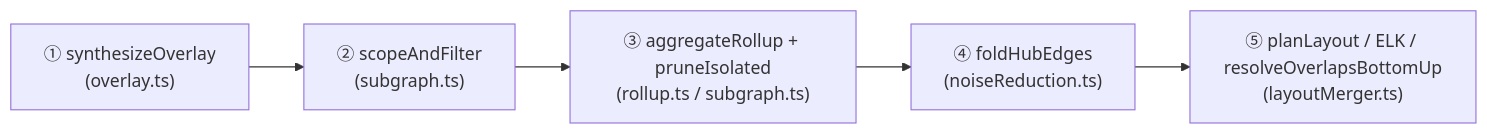
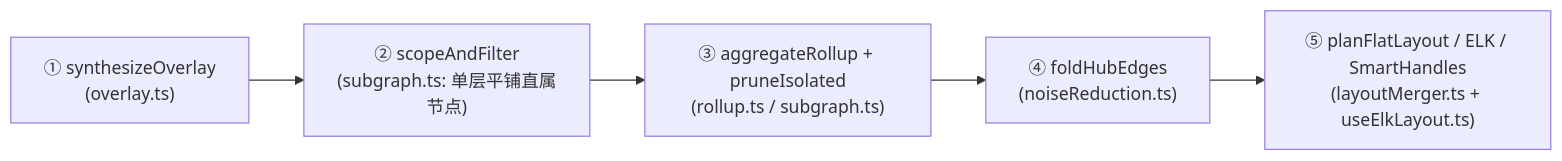
Before and after one commit to fugui/code-traefik: the fifth of 5 diagrams in docs/02-design/03-architecture-elements-and-topology.md, drawn with Mermaid. The commit also changed other lines of this file and 11 other files, not shown here.

````diff
--- a/docs/02-design/03-architecture-elements-and-topology.md
+++ b/docs/02-design/03-architecture-elements-and-topology.md
@@ -707,7 +701,7 @@
 ```mermaid
 flowchart LR
-    S1["① synthesizeOverlay<br/>(overlay.ts)"] --> S2["② scopeAndFilter<br/>(subgraph.ts)"]
+    S1["① synthesizeOverlay<br/>(overlay.ts)"] --> S2["② scopeAndFilter<br/>(subgraph.ts: 单层平铺直属节点)"]
     S2 --> S3["③ aggregateRollup + pruneIsolated<br/>(rollup.ts / subgraph.ts)"]
     S3 --> S4["④ foldHubEdges<br/>(noiseReduction.ts)"]
-    S4 --> S5["⑤ planLayout / ELK / resolveOverlapsBottomUp<br/>(layoutMerger.ts)"]
+    S4 --> S5["⑤ planFlatLayout / ELK / SmartHandles<br/>(layoutMerger.ts + useElkLayout.ts)"]
 ```
````
